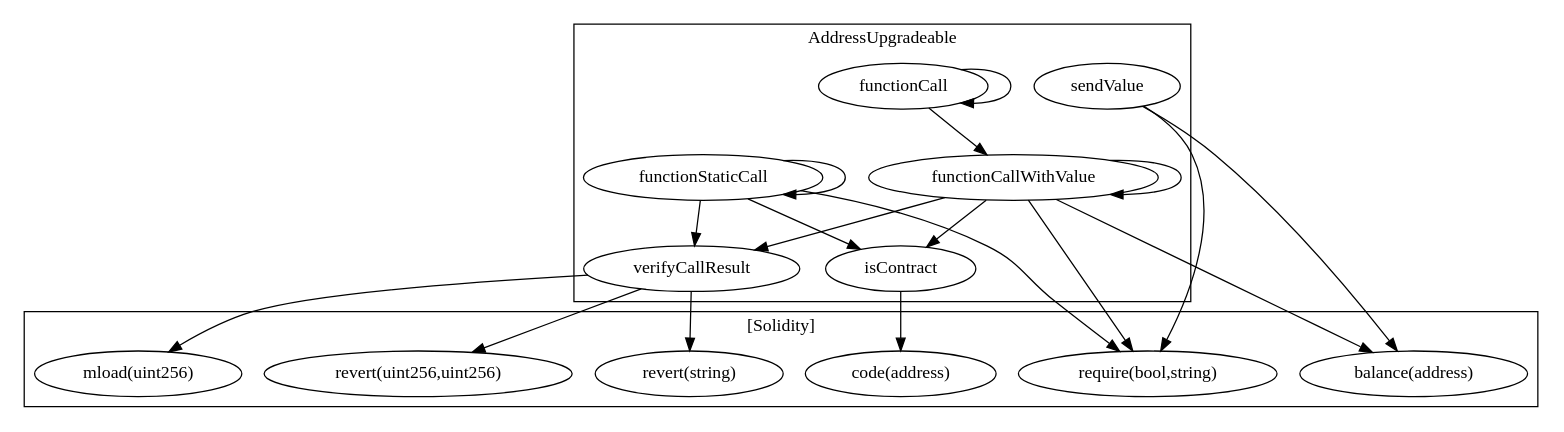
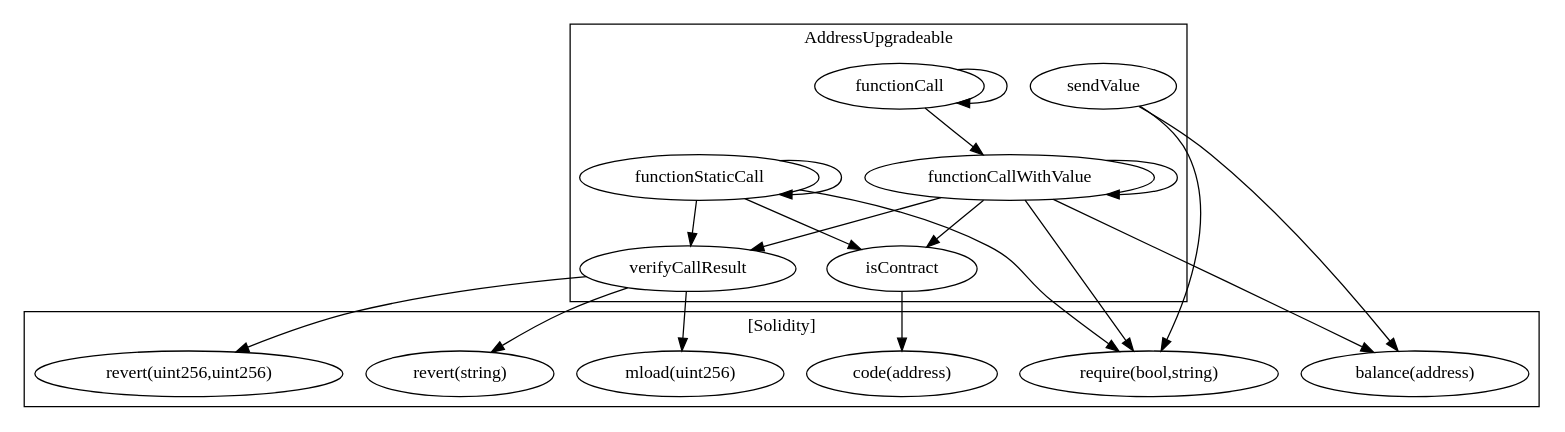
Before and after one commit to FlipsideCrypto/badger: the diagram in contracts/build/...AddressUpgradeable.call-graph.dot, drawn with Graphviz. The commit also changed other lines of this file and 21 other files, not shown here.

```diff
--- a/contracts/build/...AddressUpgradeable.call-graph.dot
+++ b/contracts/build/...AddressUpgradeable.call-graph.dot
@@ -1,36 +1,36 @@
 strict digraph {
 subgraph cluster_1948_AddressUpgradeable {
 label = "AddressUpgradeable"
+"1948_functionCall" [label="functionCall"]
+"1948_isContract" [label="isContract"]
+"1948_functionStaticCall" [label="functionStaticCall"]
 "1948_functionCallWithValue" [label="functionCallWithValue"]
-"1948_functionCall" [label="functionCall"]
+"1948_verifyCallResult" [label="verifyCallResult"]
 "1948_sendValue" [label="sendValue"]
-"1948_isContract" [label="isContract"]
-"1948_verifyCallResult" [label="verifyCallResult"]
-"1948_functionStaticCall" [label="functionStaticCall"]
+"1948_functionCallWithValue" -> "1948_verifyCallResult"
+"1948_functionStaticCall" -> "1948_verifyCallResult"
+"1948_functionStaticCall" -> "1948_functionStaticCall"
+"1948_functionCall" -> "1948_functionCallWithValue"
 "1948_functionCall" -> "1948_functionCall"
-"1948_functionStaticCall" -> "1948_functionStaticCall"
-"1948_functionCallWithValue" -> "1948_verifyCallResult"
+"1948_functionCallWithValue" -> "1948_functionCallWithValue"
 "1948_functionStaticCall" -> "1948_isContract"
-"1948_functionCallWithValue" -> "1948_functionCallWithValue"
-"1948_functionCall" -> "1948_functionCallWithValue"
 "1948_functionCallWithValue" -> "1948_isContract"
-"1948_functionStaticCall" -> "1948_verifyCallResult"
 }subgraph cluster_solidity {
 label = "[Solidity]"
+"code(address)" 
+"balance(address)" 
 "mload(uint256)" 
 "require(bool,string)" 
-"balance(address)" 
+"revert(uint256,uint256)" 
 "revert(string)" 
-"code(address)" 
-"revert(uint256,uint256)" 
+"1948_verifyCallResult" -> "revert(string)"
 "1948_sendValue" -> "require(bool,string)"
+"1948_verifyCallResult" -> "revert(uint256,uint256)"
 "1948_sendValue" -> "balance(address)"
-"1948_verifyCallResult" -> "revert(string)"
+"1948_isContract" -> "code(address)"
+"1948_functionStaticCall" -> "require(bool,string)"
+"1948_verifyCallResult" -> "mload(uint256)"
 "1948_functionCallWithValue" -> "balance(address)"
 "1948_functionCallWithValue" -> "require(bool,string)"
-"1948_isContract" -> "code(address)"
-"1948_functionStaticCall" -> "require(bool,string)"
-"1948_verifyCallResult" -> "revert(uint256,uint256)"
-"1948_verifyCallResult" -> "mload(uint256)"
 }
 }
```
